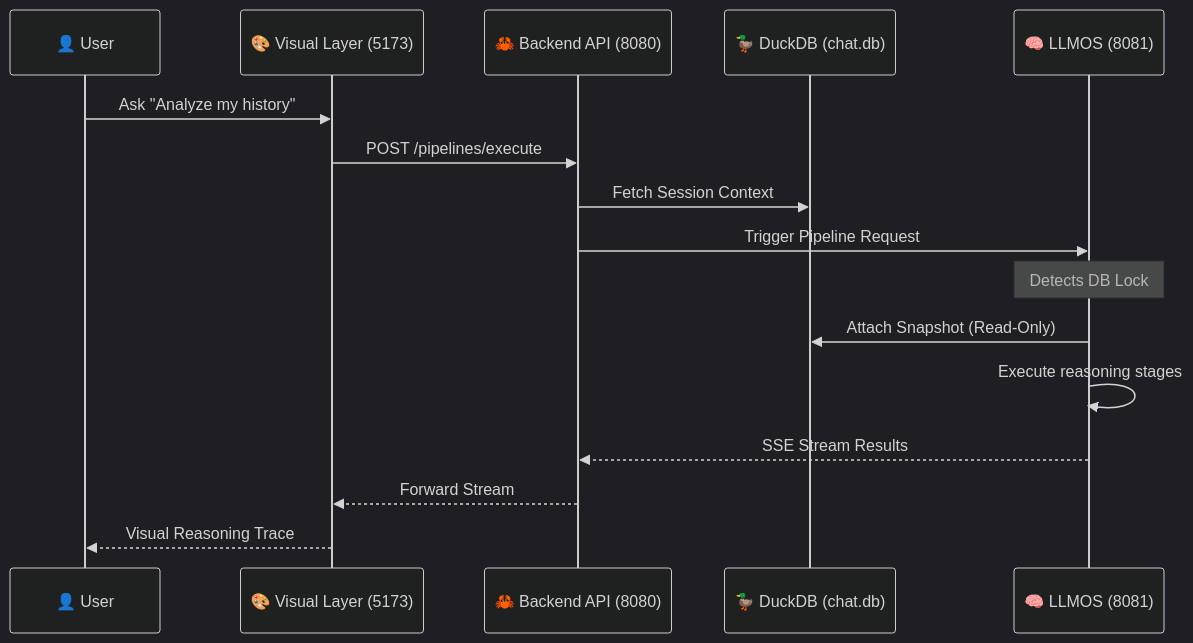
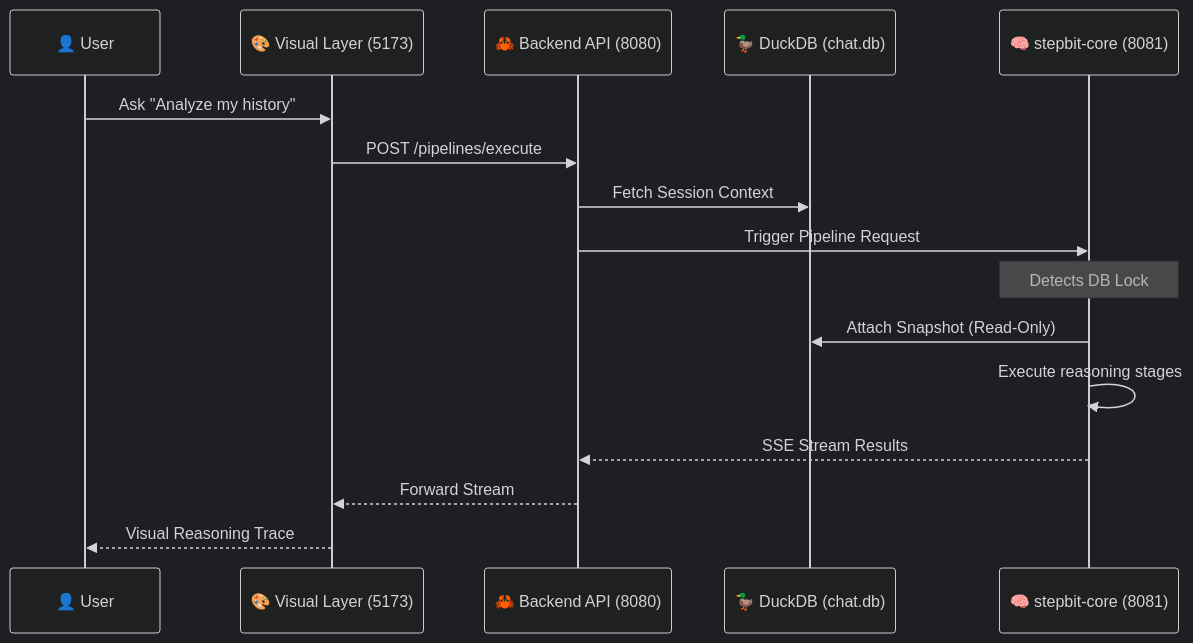
The diagram in ARCHITECTURE.md (jacovinus/jacox), drawn with Mermaid (dark theme) before and after one commit. The commit also changed other lines of this file and 29 other files, not shown here.

First line of the commit message:
Refactor LLM integration: Replace LlmosProvider with StepbitCoreProvider

````diff
--- a/ARCHITECTURE.md
+++ b/ARCHITECTURE.md
@@ -46,19 +46,19 @@
 ```mermaid
 sequenceDiagram
     participant User as 👤 User
     participant UI as 🎨 Visual Layer (5173)
     participant Stepbit as 🦀 Backend API (8080)
     participant DB as 🦆 DuckDB (chat.db)
-    participant LLMOS as 🧠 LLMOS (8081)
+    participant stepbit-core as 🧠 stepbit-core (8081)
     
     User->>UI: Ask "Analyze my history"
     UI->>Stepbit: POST /pipelines/execute
     Stepbit->>DB: Fetch Session Context
-    Stepbit->>LLMOS: Trigger Pipeline Request
-    Note over LLMOS: Detects DB Lock
-    LLMOS->>DB: Attach Snapshot (Read-Only)
-    LLMOS->>LLMOS: Execute reasoning stages
-    LLMOS-->>Stepbit: SSE Stream Results
+    Stepbit->>stepbit-core: Trigger Pipeline Request
+    Note over stepbit-core: Detects DB Lock
+    stepbit-core->>DB: Attach Snapshot (Read-Only)
+    stepbit-core->>stepbit-core: Execute reasoning stages
+    stepbit-core-->>Stepbit: SSE Stream Results
     Stepbit-->>UI: Forward Stream
     UI-->>User: Visual Reasoning Trace
 ```
````
